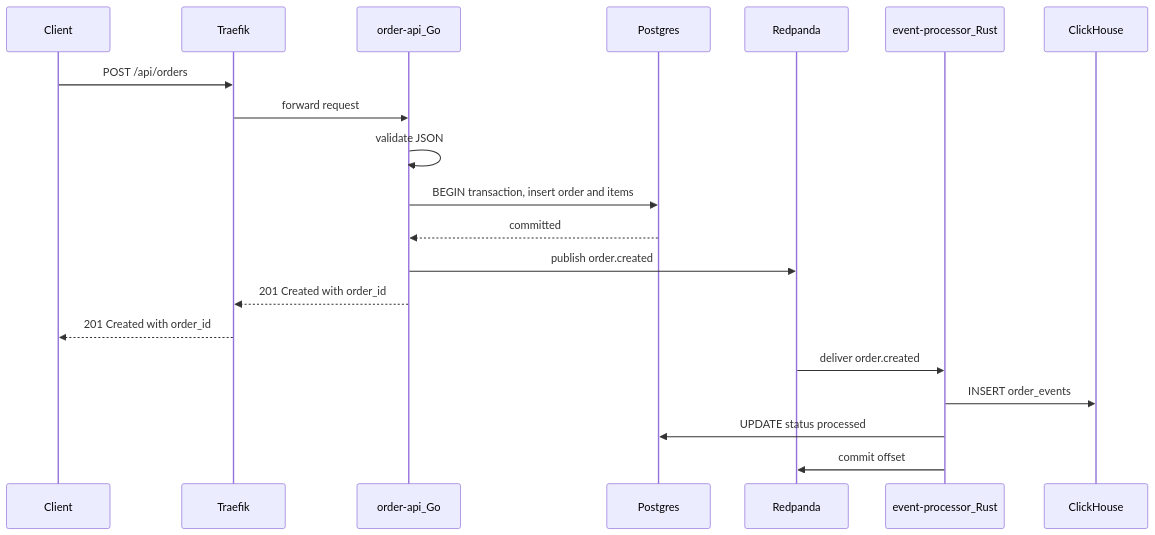
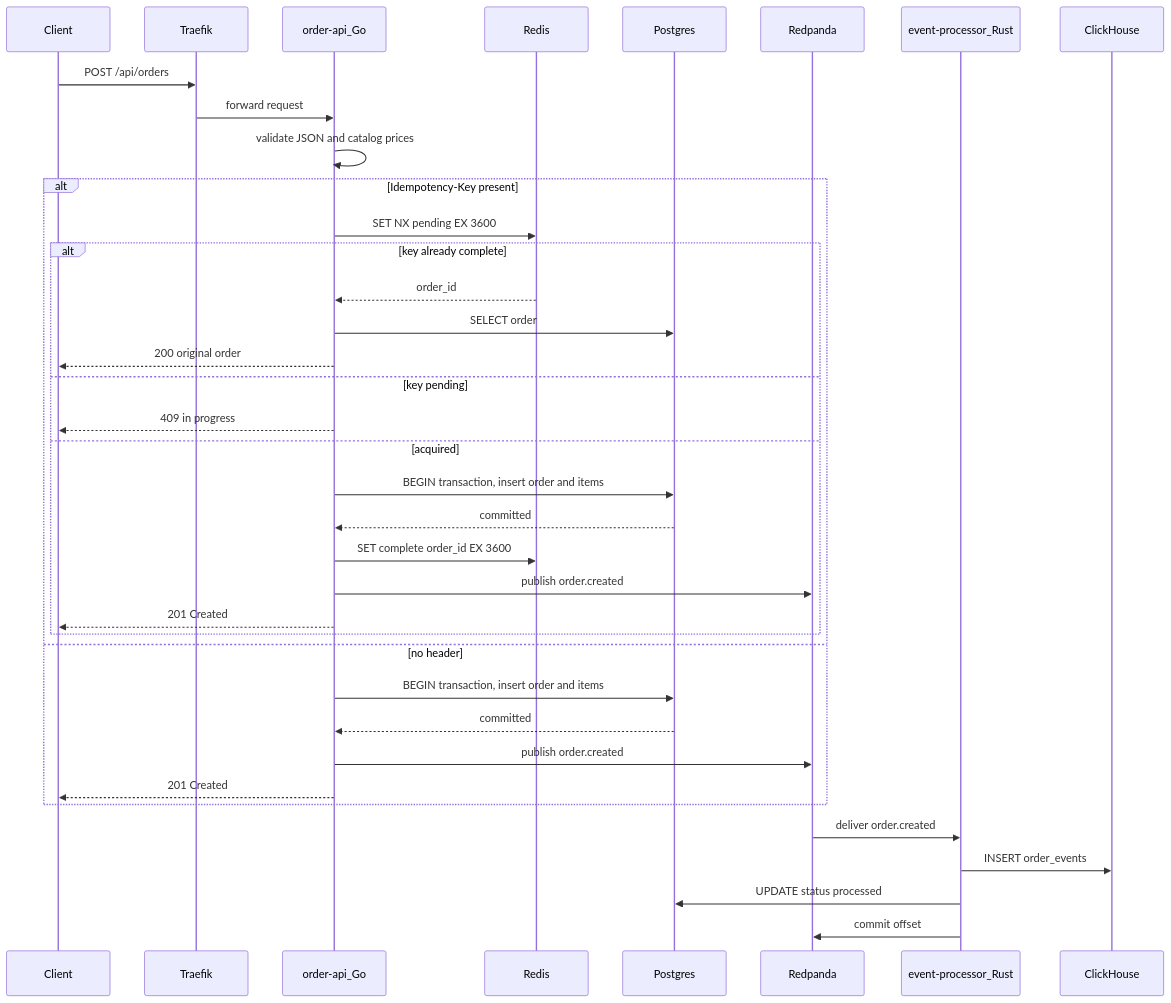
One commit to ianckc/streamshop-distributed-system changed the first of 2 diagrams in docs/docs/data-flows/order-placement.mdx. Above: the diagram before and after it, drawn with Mermaid. The commit also changed other lines of this file and 29 other files, not shown here.

Commit message:
0034 Idempotency keys on `POST `/api/orders` (#38)

````diff
--- a/docs/docs/data-flows/order-placement.mdx
+++ b/docs/docs/data-flows/order-placement.mdx
@@ -11,23 +11,40 @@
 ```mermaid
 sequenceDiagram
   participant Client
   participant Traefik
   participant OrderAPI as order-api_Go
+  participant Redis
   participant Postgres
   participant Redpanda
   participant Processor as event-processor_Rust
   participant ClickHouse
 
   Client->>Traefik: POST /api/orders
   Traefik->>OrderAPI: forward request
-  OrderAPI->>OrderAPI: validate JSON
-  OrderAPI->>Postgres: BEGIN transaction, insert order and items
-  Postgres-->>OrderAPI: committed
-  OrderAPI->>Redpanda: publish order.created
-  OrderAPI-->>Traefik: 201 Created with order_id
-  Traefik-->>Client: 201 Created with order_id
+  OrderAPI->>OrderAPI: validate JSON and catalog prices
+  alt Idempotency-Key present
+    OrderAPI->>Redis: SET NX pending EX 3600
+    alt key already complete
+      Redis-->>OrderAPI: order_id
+      OrderAPI->>Postgres: SELECT order
+      OrderAPI-->>Client: 200 original order
+    else key pending
+      OrderAPI-->>Client: 409 in progress
+    else acquired
+      OrderAPI->>Postgres: BEGIN transaction, insert order and items
+      Postgres-->>OrderAPI: committed
+      OrderAPI->>Redis: SET complete order_id EX 3600
+      OrderAPI->>Redpanda: publish order.created
+      OrderAPI-->>Client: 201 Created
+    end
+  else no header
+    OrderAPI->>Postgres: BEGIN transaction, insert order and items
+    Postgres-->>OrderAPI: committed
+    OrderAPI->>Redpanda: publish order.created
+    OrderAPI-->>Client: 201 Created
+  end
   Redpanda->>Processor: deliver order.created
   Processor->>ClickHouse: INSERT order_events
   Processor->>Postgres: UPDATE status processed
   Processor->>Redpanda: commit offset
 ```
````
